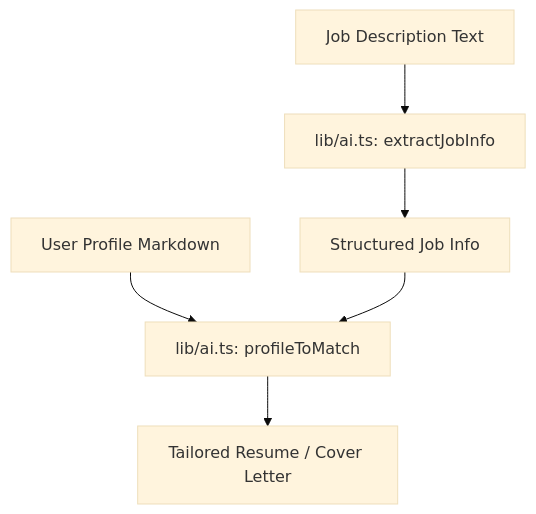
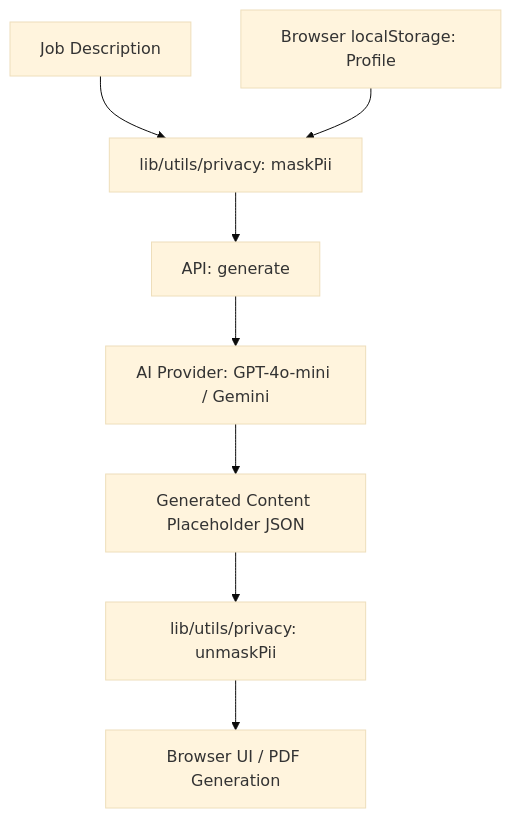
One commit to badirusubomi/job-applyer changed the diagram in docs/system_overview.md. Above: the diagram before and after it, drawn with Mermaid (base theme). The commit also changed other lines of this file and 9 other files, not shown here.

Commit message:
refactor: implement stateless BYOK architecture, update CSP for font assets, and add dynamic font configuration to PDF generation templates

````diff
--- a/docs/system_overview.md
+++ b/docs/system_overview.md
@@ -26,8 +24,10 @@
 ```mermaid
 graph TD
-    JD[Job Description Text] --> AI_E[lib/ai.ts: extractJobInfo]
-    AI_E --> JobData[Structured Job Info]
-    Profile[User Profile Markdown] --> ProfileData[lib/ai.ts: profileToMatch]
-    JobData --> ProfileData
-    ProfileData --> FinalDoc[Tailored Resume / Cover Letter]
+    JD[Job Description] --> Mask[lib/utils/privacy: maskPii]
+    Profile[Browser localStorage: Profile] --> Mask
+    Mask --> AI_E[API: generate]
+    AI_E --> LLM[AI Provider: GPT-4o-mini / Gemini]
+    LLM --> JSON[Generated Content Placeholder JSON]
+    JSON --> Unmask[lib/utils/privacy: unmaskPii]
+    Unmask --> UI[Browser UI / PDF Generation]
 ```
````
